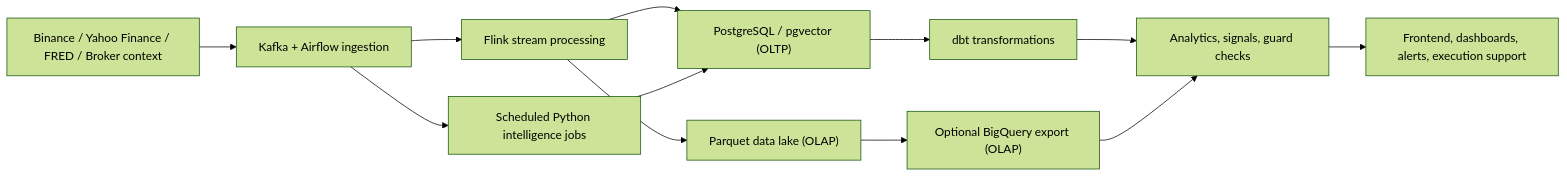
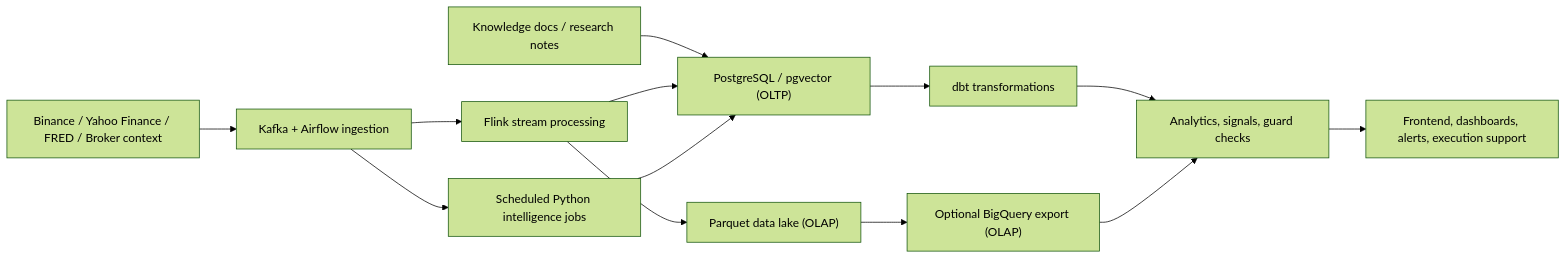
Before and after one commit to NateviratYungram/crypto-stream-ai: the third of 4 diagrams in README.md, drawn with Mermaid (forest theme). The commit also changed other lines of this file and 278 other files, not shown here.

````diff
--- a/README.md
+++ b/README.md
@@ -157,14 +161,15 @@
 ```mermaid
 flowchart LR
     A["Binance / Yahoo Finance / FRED / Broker context"] --> B["Kafka + Airflow ingestion"]
+    K["Knowledge docs / research notes"] --> E["PostgreSQL / pgvector (OLTP)"]
     B --> C["Flink stream processing"]
     B --> D["Scheduled Python intelligence jobs"]
     C --> E["PostgreSQL / pgvector (OLTP)"]
     C --> F["Parquet data lake (OLAP)"]
     D --> E
     E --> G["dbt transformations"]
     F --> H["Optional BigQuery export (OLAP)"]
     G --> I["Analytics, signals, guard checks"]
     H --> I
     I --> J["Frontend, dashboards, alerts, execution support"]
 ```
````
